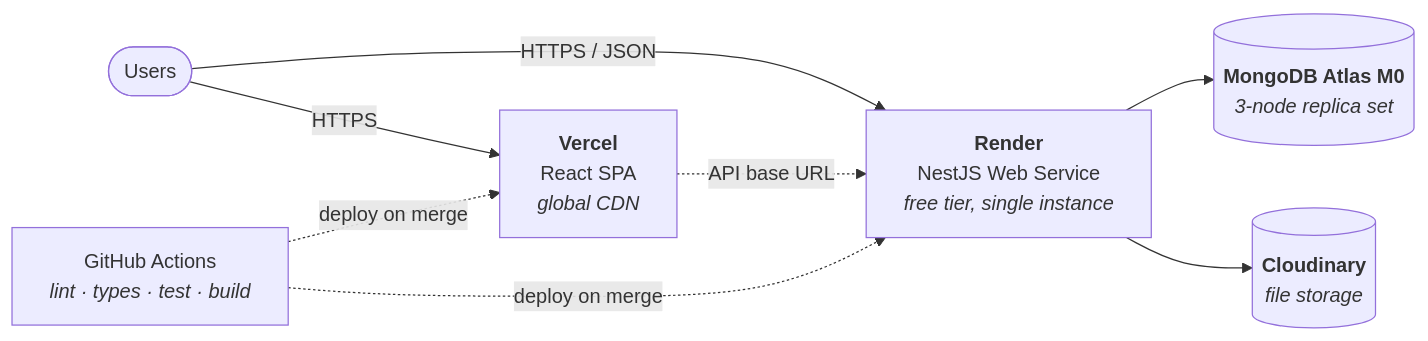
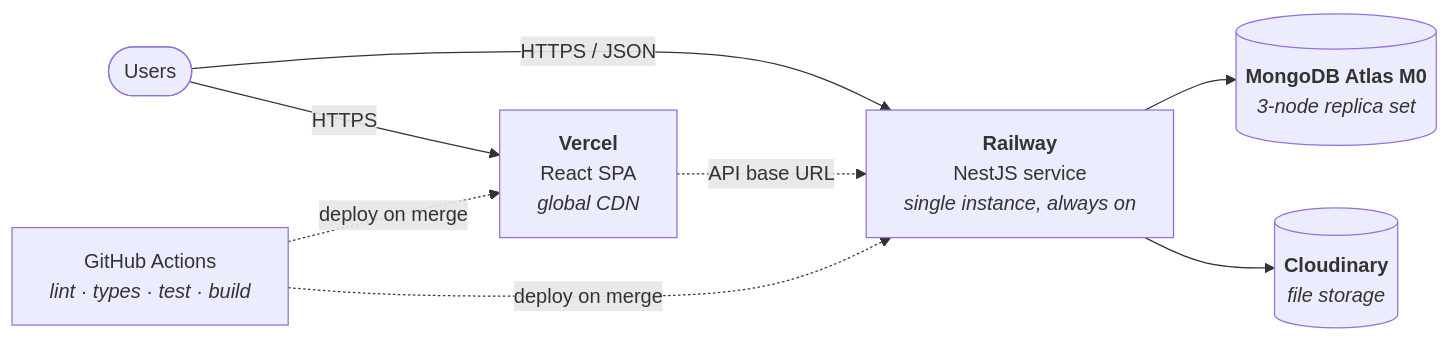
One commit to yassinehayine/AgencyFlow changed the sixth of 6 diagrams in docs/05-Software-Architecture.md. Above: the diagram before and after it, drawn with Mermaid. The commit also changed other lines of this file and 11 other files, not shown here.

First line of the commit message:
feat(ci): move the backend from render to railway

````diff
--- a/docs/05-Software-Architecture.md
+++ b/docs/05-Software-Architecture.md
@@ -635,10 +637,10 @@
 ```mermaid
 flowchart LR
     U(["Users"]) -->|HTTPS| VER["<b>Vercel</b><br/>React SPA<br/><i>global CDN</i>"]
-    U -->|HTTPS / JSON| REN["<b>Render</b><br/>NestJS Web Service<br/><i>free tier, single instance</i>"]
+    U -->|HTTPS / JSON| REN["<b>Railway</b><br/>NestJS service<br/><i>single instance, always on</i>"]
     VER -.->|API base URL| REN
     REN --> ATLAS[("<b>MongoDB Atlas M0</b><br/><i>3-node replica set</i>")]
     REN --> CL[("<b>Cloudinary</b><br/><i>file storage</i>")]
     GH["GitHub Actions<br/><i>lint · types · test · build</i>"] -.->|deploy on merge| VER
     GH -.->|deploy on merge| REN
 ```
````
